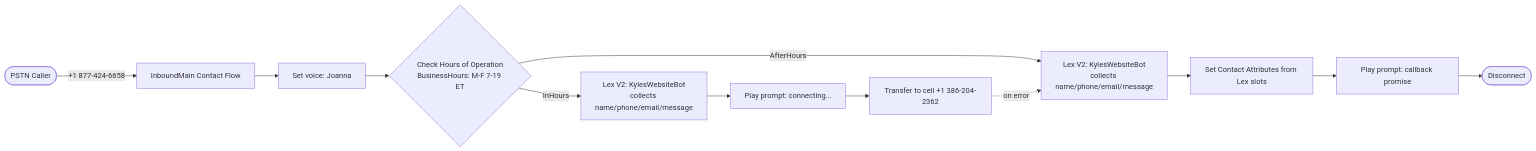
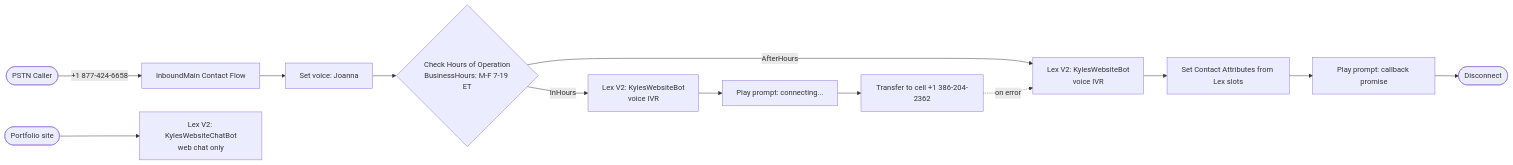
Before and after one commit to KHamwey/terraform-aws-connect-callcenter: the diagram in README.md, drawn with Mermaid. The commit also changed other lines of this file and 6 other files, not shown here.

Commit message:
Added second BOT for Chat. Easier administration

````diff
--- a/README.md
+++ b/README.md
@@ -9,14 +9,16 @@
 ```mermaid
 flowchart LR
     Caller([PSTN Caller]) -->|"+1 877-424-6658"| Flow[InboundMain Contact Flow]
     Flow --> Voice[Set voice: Joanna]
     Voice --> Hours{"Check Hours of Operation<br/>BusinessHours: M-F 7-19 ET"}
-    Hours -->|InHours| LexA[Lex V2: KylesWebsiteBot<br/>collects name/phone/email/message]
+    Hours -->|InHours| LexA[Lex V2: KylesWebsiteBot<br/>voice IVR]
     LexA --> Greet[Play prompt: connecting...]
     Greet --> Transfer[Transfer to cell +1 386-204-2362]
-    Hours -->|AfterHours| LexB[Lex V2: KylesWebsiteBot<br/>collects name/phone/email/message]
+    Hours -->|AfterHours| LexB[Lex V2: KylesWebsiteBot<br/>voice IVR]
     LexB --> Attrs[Set Contact Attributes from Lex slots]
     Attrs --> Bye[Play prompt: callback promise]
     Bye --> End([Disconnect])
     Transfer -.->|on error| LexB
+
+    Site([Portfolio site]) --> ChatLex[Lex V2: KylesWebsiteChatBot<br/>web chat only]
 ```
````
